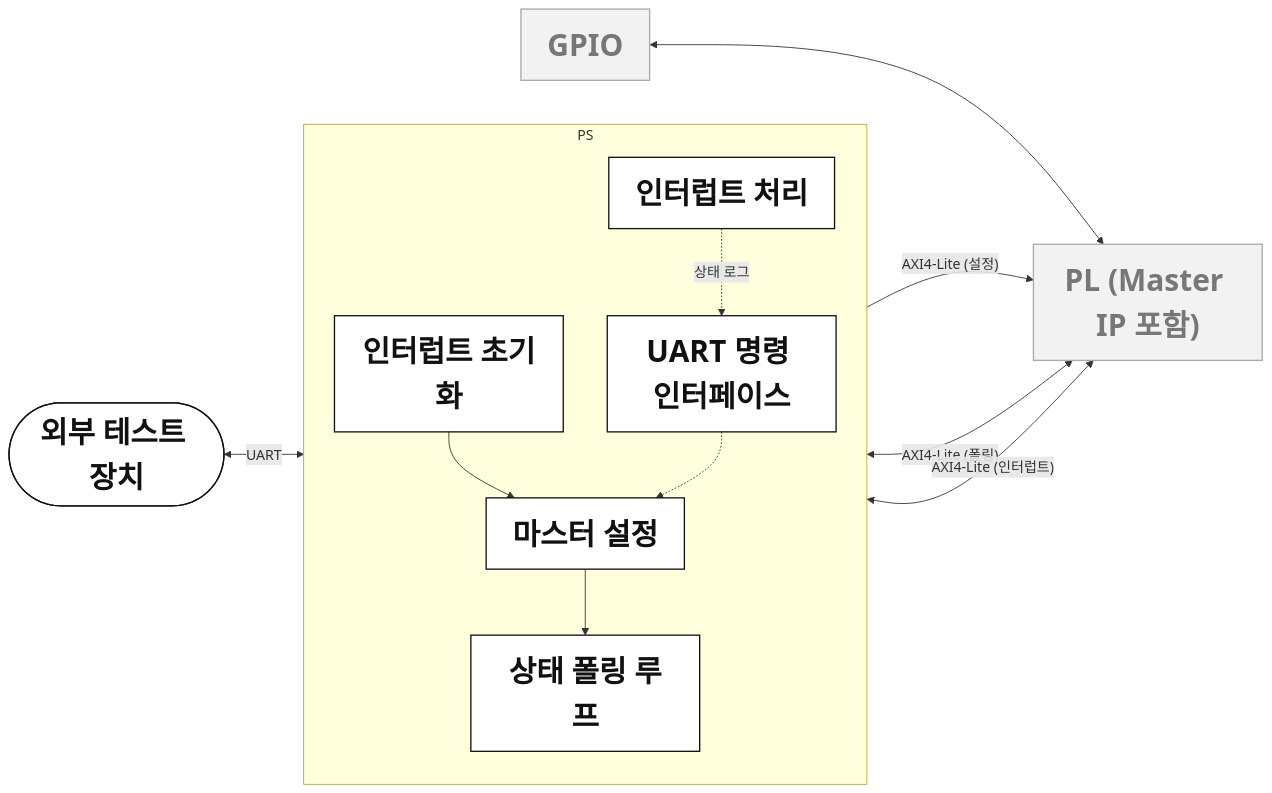
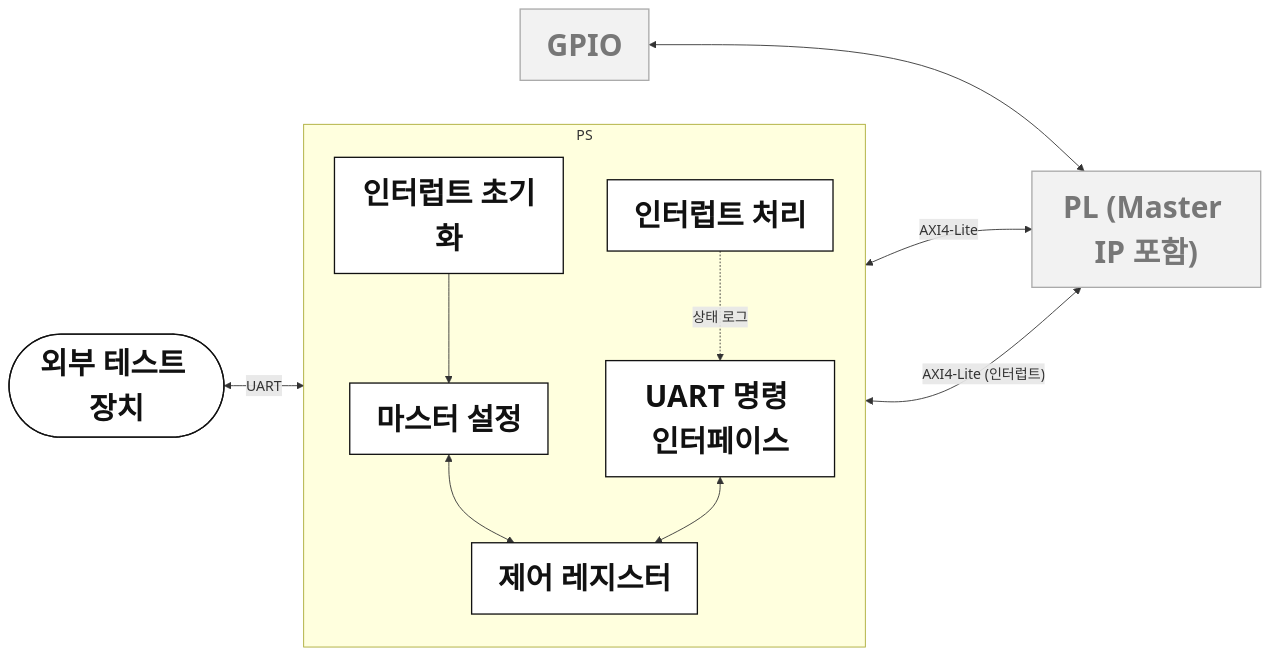
One commit to Woodong02/SoC_Design_and_Programming changed the diagram in diagrams/section3/zoom/m_ps.mmd. Above: the diagram before and after it, drawn with Mermaid. The commit also changed 7 other files, not shown here.

First line of the commit message:
Update Master PS/Master IP/fault-flow diagrams and matching slide text

```diff
--- a/diagrams/section3/zoom/m_ps.mmd
+++ b/diagrams/section3/zoom/m_ps.mmd
@@ -1,27 +1,26 @@
 %%{init: {'themeVariables': {'fontSize': '34px'}}, 'flowchart': {'nodeSpacing': 40, 'rankSpacing': 70}}%%
 flowchart LR
     EXT(["외부 테스트 장치"]):::node
     GPIO["GPIO"]:::dim
     PL["PL (Master IP 포함)"]:::dim
 
     subgraph PSB ["PS"]
         direction TB
         INIT["인터럽트 초기화"]:::node
         CFG["마스터 설정"]:::node
         UARTCMD["UART 명령 인터페이스"]:::node
         ISR["인터럽트 처리"]:::node
-        POLL["상태 폴링 루프"]:::node
+        CTRLREG["제어 레지스터"]:::node
 
         INIT --> CFG
-        CFG --> POLL
-        UARTCMD -.-> CFG
+        CFG <--> CTRLREG
+        UARTCMD <--> CTRLREG
         ISR -.->|"상태 로그"| UARTCMD
     end
 
     EXT <-->|"UART"| UARTCMD
-    CFG -->|"AXI4-Lite (설정)"| PL
-    POLL <-->|"AXI4-Lite (폴링)"| PL
+    CTRLREG <-->|"AXI4-Lite"| PL
     ISR <-->|"AXI4-Lite (인터럽트)"| PL
     GPIO <--> PL
 classDef node fill:#FFFFFF,stroke:#111111,stroke-width:1.5px,color:#111111,font-weight:bold,font-size:34px
 classDef dim fill:#F2F2F2,stroke:#AAAAAA,color:#777777,font-weight:bold,font-size:34px
```
